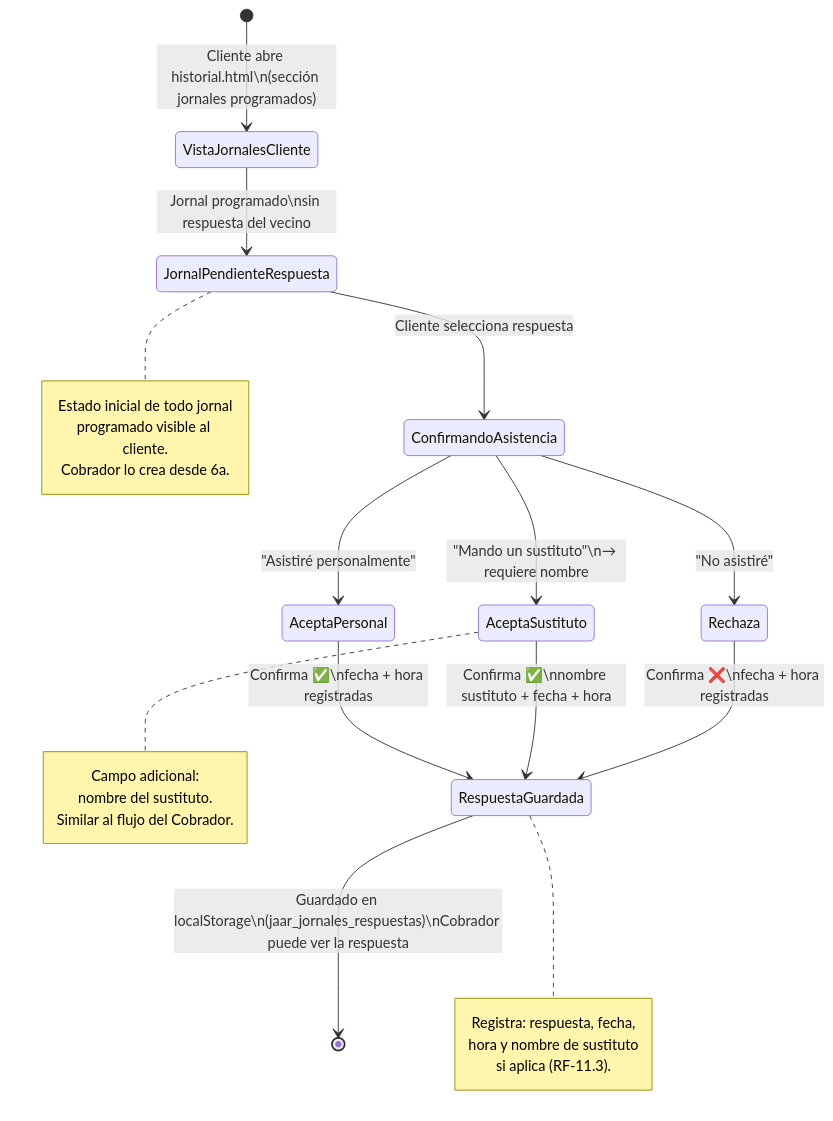
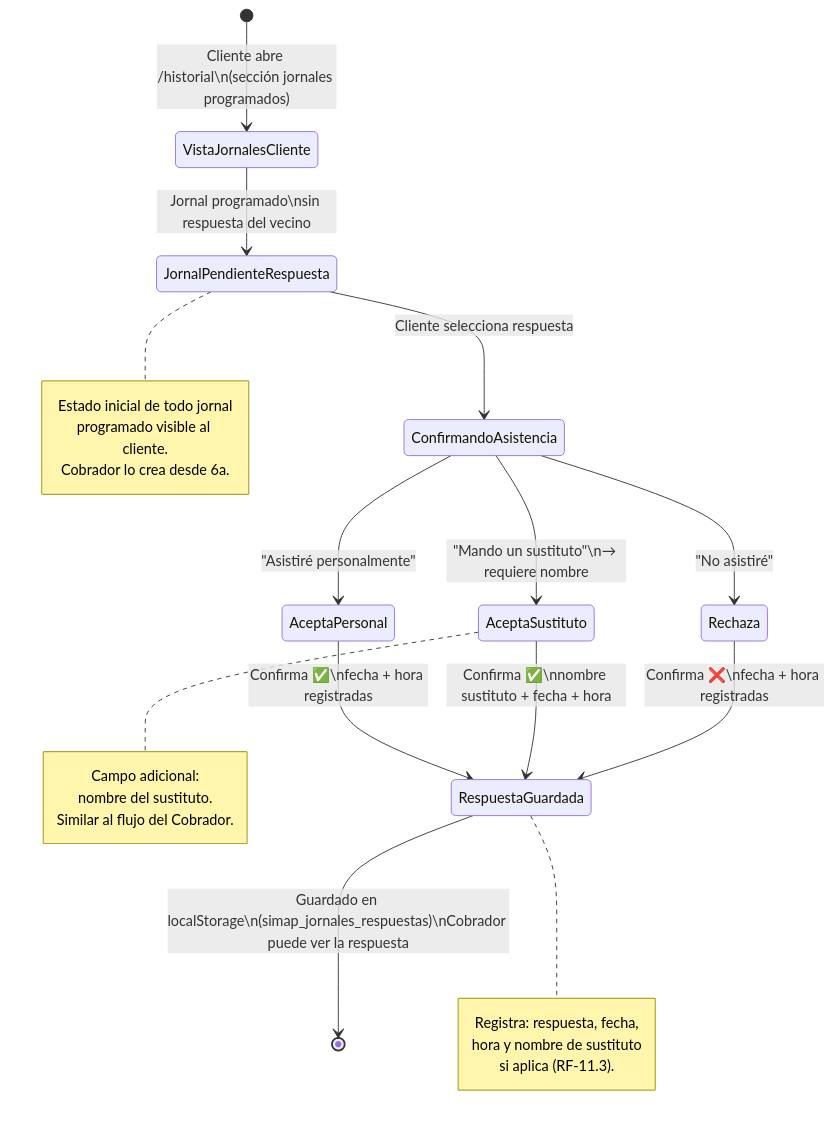
The seventh of 10 diagrams in docs/diagrama_estados.md (AdriP-maker/JAAR_Antigravity), drawn with Mermaid before and after one commit. The commit also changed other lines of this file and 70 other files, not shown here.

````diff
--- a/docs/diagrama_estados.md
+++ b/docs/diagrama_estados.md
@@ -195,35 +195,35 @@
 ```mermaid
 stateDiagram-v2
     direction TB
-    [*] --> VistaJornalesCliente : Cliente abre historial.html\n(sección jornales programados)
+    [*] --> VistaJornalesCliente : Cliente abre /historial\n(sección jornales programados)
 
     VistaJornalesCliente --> JornalPendienteRespuesta : Jornal programado\nsin respuesta del vecino
 
     JornalPendienteRespuesta --> ConfirmandoAsistencia : Cliente selecciona respuesta
 
     ConfirmandoAsistencia --> AceptaPersonal    : "Asistiré personalmente"
     ConfirmandoAsistencia --> AceptaSustituto   : "Mando un sustituto"\n→ requiere nombre
     ConfirmandoAsistencia --> Rechaza           : "No asistiré"
 
     AceptaPersonal  --> RespuestaGuardada : Confirma ✅\nfecha + hora registradas
     AceptaSustituto --> RespuestaGuardada : Confirma ✅\nnombre sustituto + fecha + hora
     Rechaza         --> RespuestaGuardada : Confirma ❌\nfecha + hora registradas
 
-    RespuestaGuardada --> [*] : Guardado en localStorage\n(jaar_jornales_respuestas)\nCobrador puede ver la respuesta
+    RespuestaGuardada --> [*] : Guardado en localStorage\n(simap_jornales_respuestas)\nCobrador puede ver la respuesta
 
     note right of JornalPendienteRespuesta
         Estado inicial de todo jornal
         programado visible al cliente.
         Cobrador lo crea desde 6a.
     end note
     note right of AceptaSustituto
         Campo adicional:
         nombre del sustituto.
         Similar al flujo del Cobrador.
     end note
     note right of RespuestaGuardada
         Registra: respuesta, fecha,
         hora y nombre de sustituto
         si aplica (RF-11.3).
     end note
 ```
````
